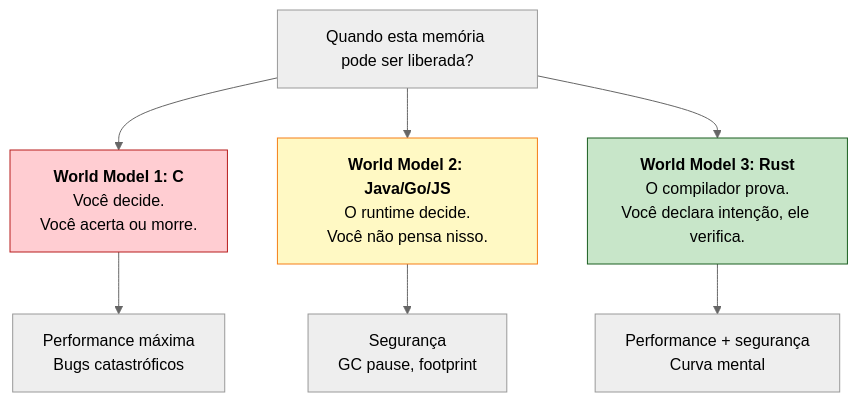
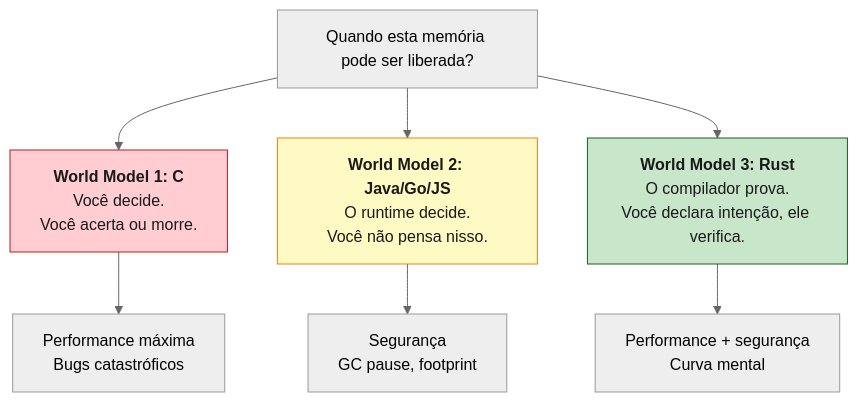
The first of 2 diagrams in book/part-01-genesis/ch03-modelo-mental-ownership.md (Felipeness/ferro-e-espirito), drawn with Mermaid (neutral theme) before and after one commit. The commit also changed other lines of this file and 56 other files, not shown here.

First line of the commit message:
fix: contraste de texto em diagramas mermaid

````diff
--- a/book/part-01-genesis/ch03-modelo-mental-ownership.md
+++ b/book/part-01-genesis/ch03-modelo-mental-ownership.md
@@ -26,16 +26,16 @@
 ```mermaid
 graph TB
     Q["Quando esta memória pode ser liberada?"]
 
     Q --> WM1["<b>World Model 1: C</b><br/>Você decide.<br/>Você acerta ou morre."]
     Q --> WM2["<b>World Model 2: Java/Go/JS</b><br/>O runtime decide.<br/>Você não pensa nisso."]
     Q --> WM3["<b>World Model 3: Rust</b><br/>O compilador prova.<br/>Você declara intenção, ele verifica."]
 
     WM1 --> R1["Performance máxima<br/>Bugs catastróficos"]
     WM2 --> R2["Segurança<br/>GC pause, footprint"]
     WM3 --> R3["Performance + segurança<br/>Curva mental"]
 
-    style WM1 fill:#ffcdd2,stroke:#b71c1c
-    style WM2 fill:#fff9c4,stroke:#f57f17
-    style WM3 fill:#c8e6c9,stroke:#1b5e20
+    style WM1 fill:#ffcdd2,stroke:#b71c1c,color:#1a1a1a
+    style WM2 fill:#fff9c4,stroke:#f57f17,color:#1a1a1a
+    style WM3 fill:#c8e6c9,stroke:#1b5e20,color:#1a1a1a
 ```
````
